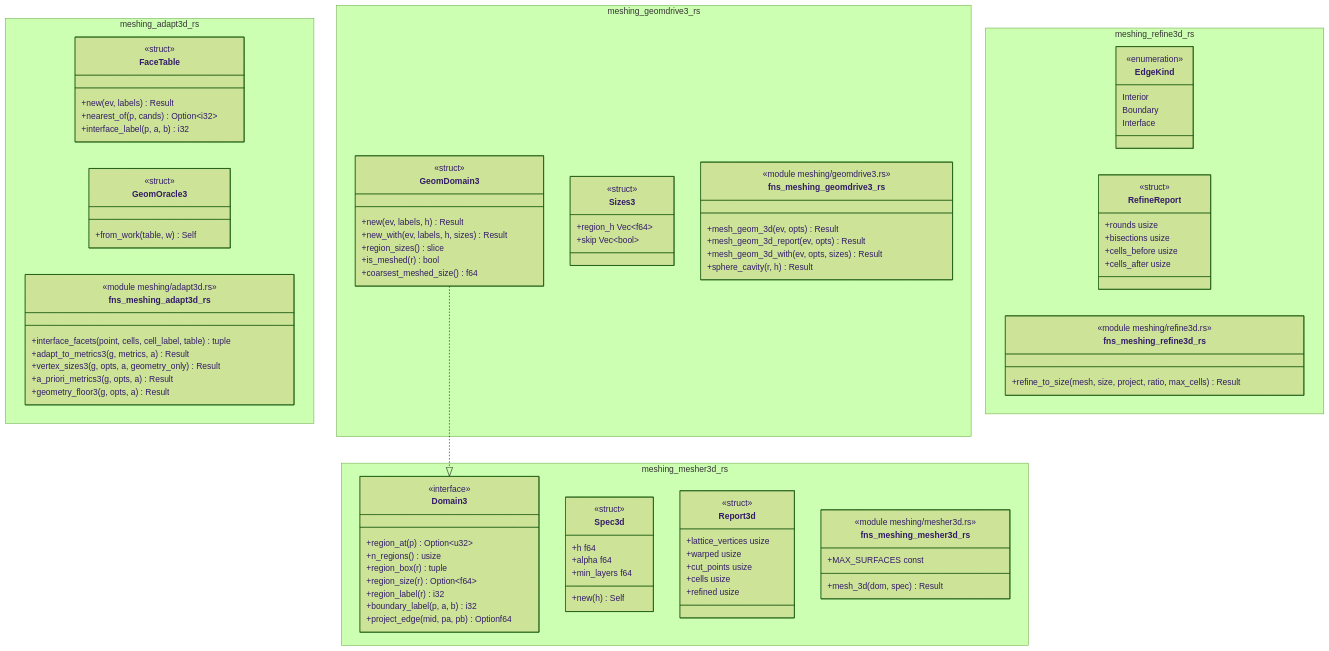
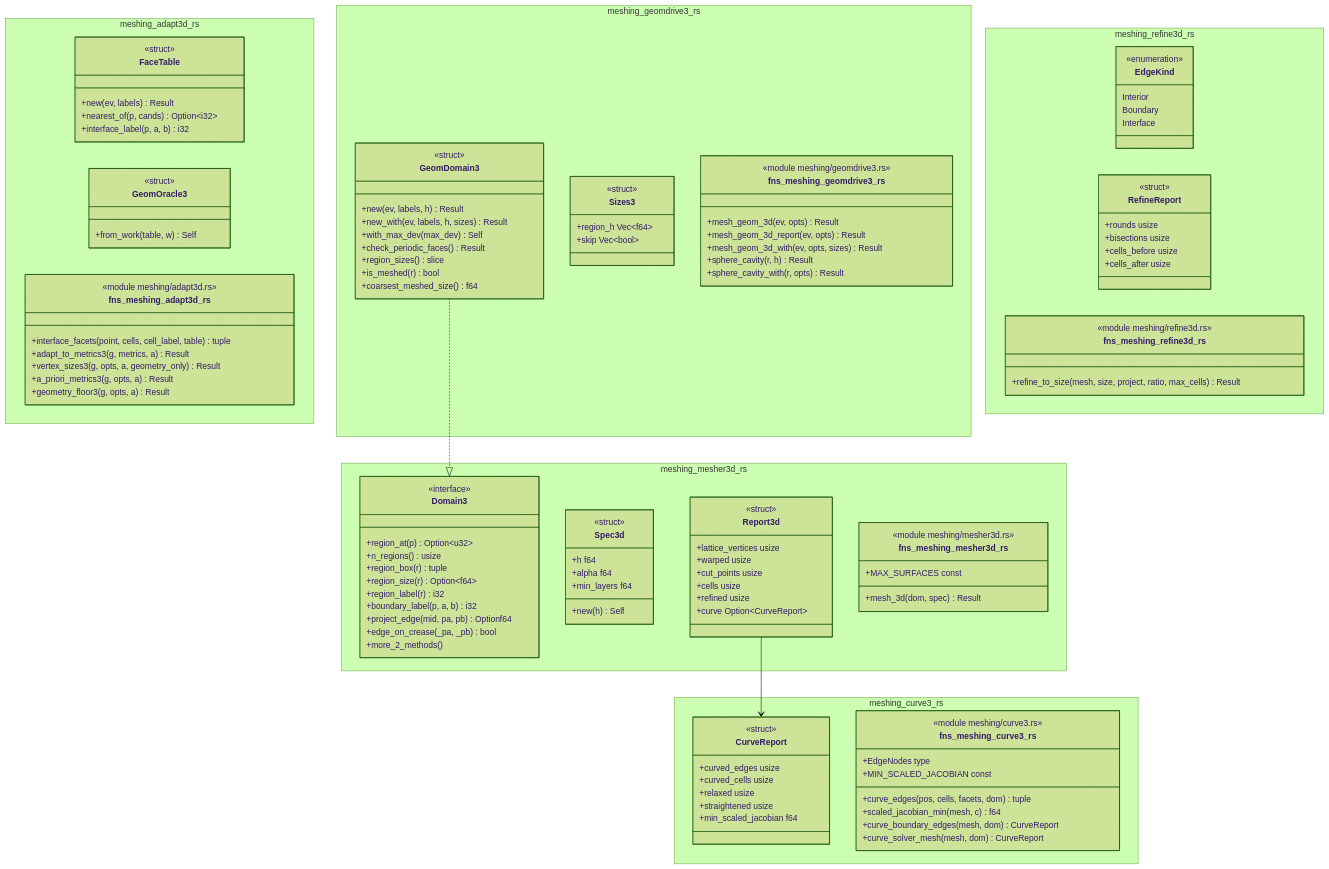
The diagram in docs/architecture/c4/4-code/femcore/meshing3d.md (p-j-r/nyx), drawn with Mermaid (forest theme) before and after one commit. The commit also changed other lines of this file and 65 other files, not shown here.

Commit message:
R12: curved order-2 geometry for the ems cavity study (ADR 82) and face sizes and max_dev in the 3D lattice mesher (ADR 83); 922 pass, 0 fail, 11 ignored; clippy and fmt clean; docs, status, contracts, C4

````diff
--- a/docs/architecture/c4/4-code/femcore/meshing3d.md
+++ b/docs/architecture/c4/4-code/femcore/meshing3d.md
@@ -61,11 +63,32 @@
         +geometry_floor3(g, opts, a) Result
     }
   }
+  namespace meshing_curve3_rs {
+    class CurveReport {
+        <<struct>>
+        +curved_edges usize
+        +curved_cells usize
+        +relaxed usize
+        +straightened usize
+        +min_scaled_jacobian f64
+    }
+    class fns_meshing_curve3_rs {
+        <<module meshing/curve3.rs>>
+        +curve_edges(pos, cells, facets, dom) tuple
+        +scaled_jacobian_min(mesh, c) f64
+        +curve_boundary_edges(mesh, dom) CurveReport
+        +curve_solver_mesh(mesh, dom) CurveReport
+        +EdgeNodes type
+        +MIN_SCALED_JACOBIAN const
+    }
+  }
   namespace meshing_geomdrive3_rs {
     class GeomDomain3 {
         <<struct>>
         +new(ev, labels, h) Result
         +new_with(ev, labels, h, sizes) Result
+        +with_max_dev(max_dev) Self
+        +check_periodic_faces() Result
         +region_sizes() slice
         +is_meshed(r) bool
         +coarsest_meshed_size() f64
@@ -81,6 +104,7 @@
         +mesh_geom_3d_report(ev, opts) Result
         +mesh_geom_3d_with(ev, opts, sizes) Result
         +sphere_cavity(r, h) Result
+        +sphere_cavity_with(r, opts) Result
     }
   }
   namespace meshing_mesher3d_rs {
@@ -93,6 +117,8 @@
         +region_label(r) i32
         +boundary_label(p, a, b) i32
         +project_edge(mid, pa, pb) Optionf64
+        +edge_on_crease(_pa, _pb) bool
+        +more_2_methods()
     }
     class Spec3d {
         <<struct>>
@@ -108,6 +134,7 @@
         +cut_points usize
         +cells usize
         +refined usize
+        +curve Option~CurveReport~
     }
     class fns_meshing_mesher3d_rs {
         <<module meshing/mesher3d.rs>>
@@ -135,4 +162,5 @@
     }
   }
   GeomDomain3 ..|> Domain3
+  Report3d --> CurveReport
 ```
````
